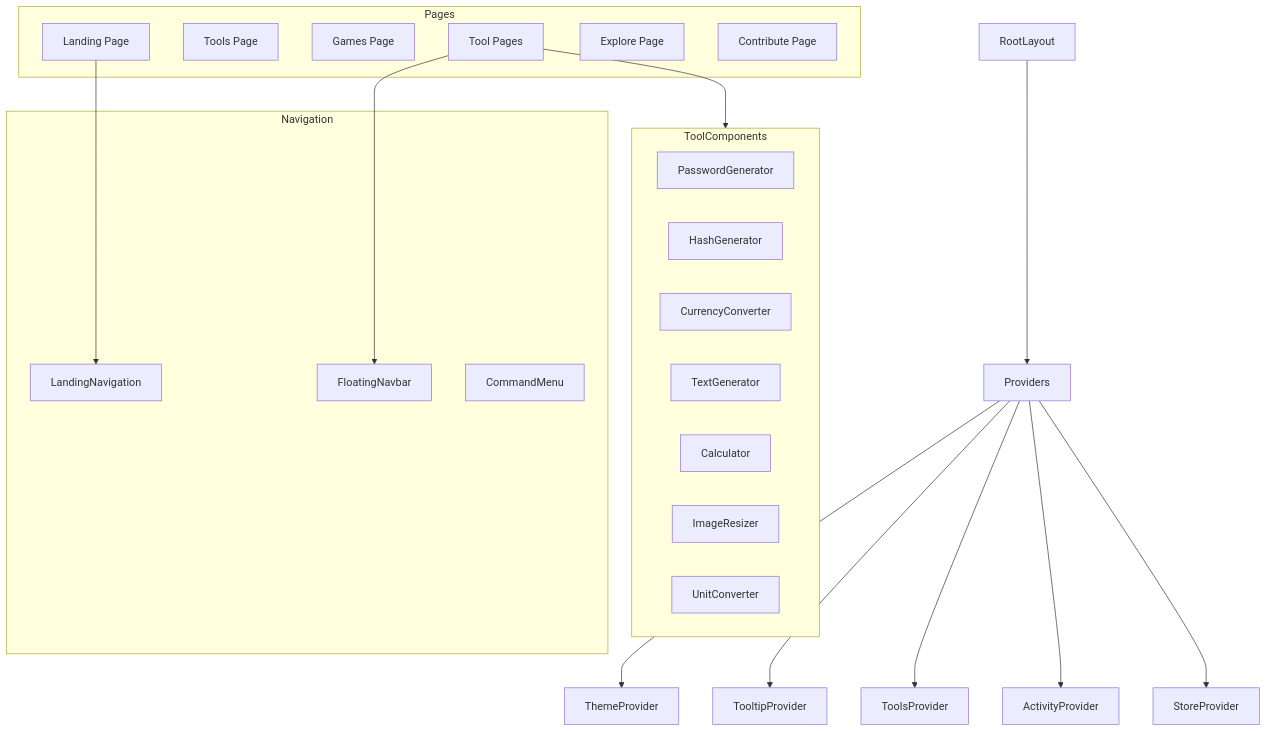
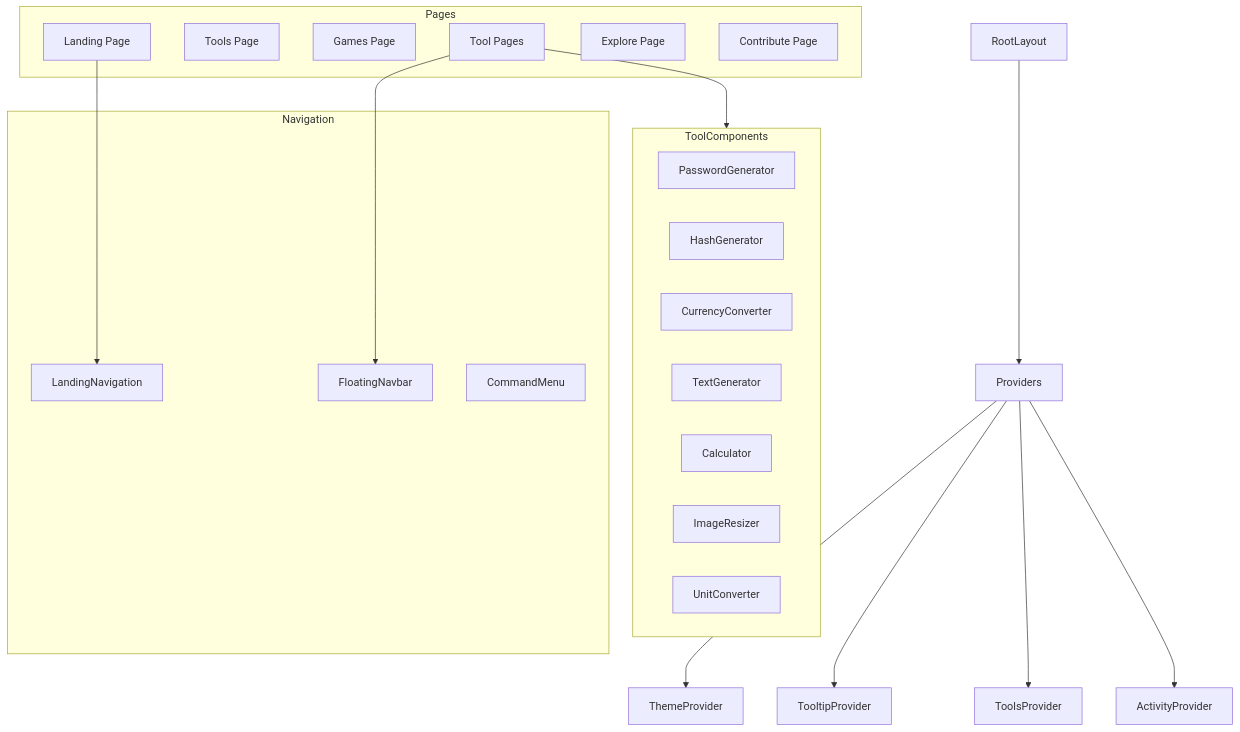
Before and after one commit to puri-adityakumar/astraa: the diagram in docs/COMPONENTS.md, drawn with Mermaid. The commit also changed other lines of this file and 16 other files, not shown here.

````diff
--- a/docs/COMPONENTS.md
+++ b/docs/COMPONENTS.md
@@ -16,40 +16,38 @@
 ```mermaid
 graph TB
     App[RootLayout]
     App --> Providers
     Providers --> ThemeProvider
     Providers --> TooltipProvider
     Providers --> ToolsProvider
     Providers --> ActivityProvider
-    Providers --> StoreProvider
-
     subgraph Pages
         Landing[Landing Page]
         Tools[Tools Page]
         Games[Games Page]
         ToolPage[Tool Pages]
         Explore[Explore Page]
         Contribute[Contribute Page]
     end
 
     subgraph Navigation
         LandingNav[LandingNavigation]
         FloatingNav[FloatingNavbar]
         CommandMenu[CommandMenu]
     end
 
     Landing --> LandingNav
     ToolPage --> FloatingNav
 
     subgraph ToolComponents
         Password[PasswordGenerator]
         Hash[HashGenerator]
         Currency[CurrencyConverter]
         Text[TextGenerator]
         Calculator[Calculator]
         Image[ImageResizer]
         Units[UnitConverter]
     end
 
     ToolPage --> ToolComponents
 ```
````
